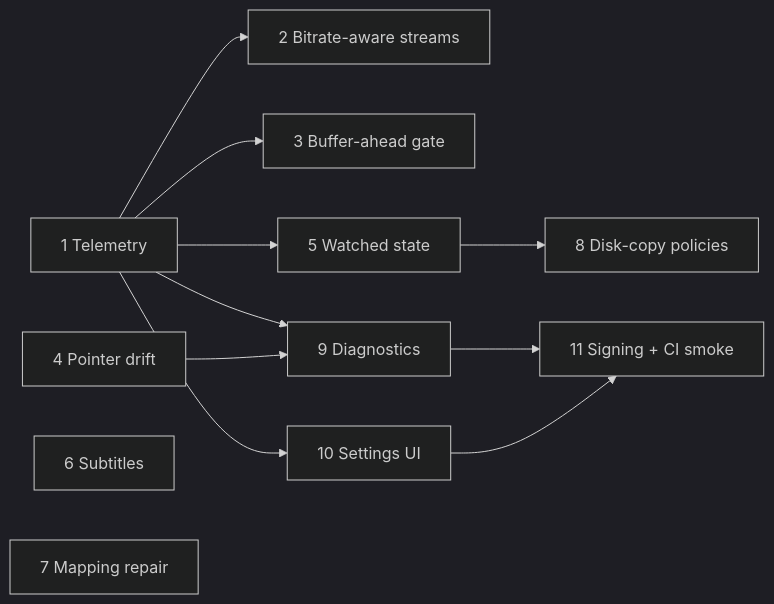
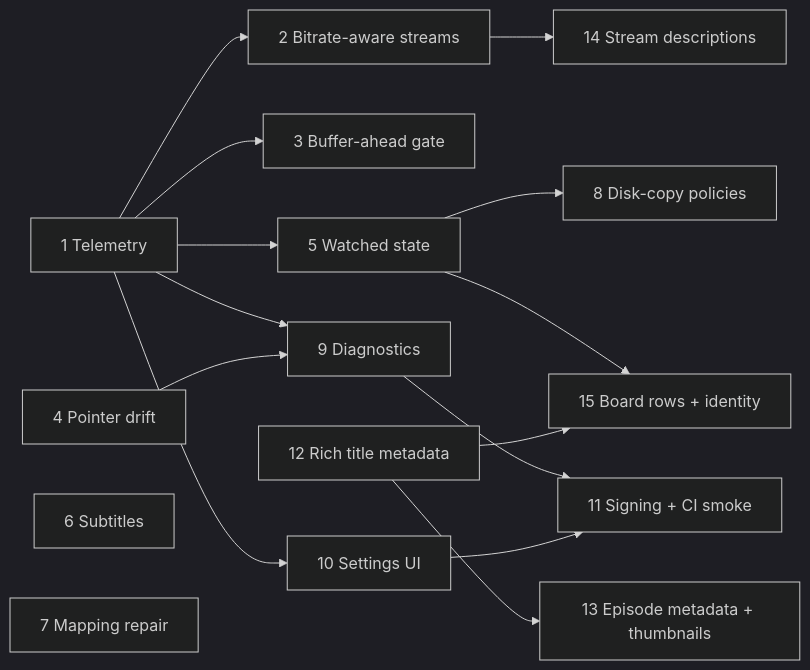
The diagram in hoshistream_docs/plans/2026-09-12-playback-pointer-library-expansion-plan.md (MajorJohn98/HoshiStream), drawn with Mermaid (dark theme) before and after one commit. The commit also changed other lines of this file and 38 other files, not shown here.

First line of the commit message:
Add pointer drift detection, episode mapping repair, rich metadata, and stream descriptions

````diff
--- a/hoshistream_docs/plans/2026-09-12-playback-pointer-library-expansion-plan.md
+++ b/hoshistream_docs/plans/2026-09-12-playback-pointer-library-expansion-plan.md
@@ -320,14 +448,19 @@
 ```mermaid
 flowchart LR
   P1[1 Telemetry] --> P2[2 Bitrate-aware streams]
   P1 --> P3[3 Buffer-ahead gate]
   P1 --> P5[5 Watched state]
   P1 --> P9[9 Diagnostics]
   P1 --> P10[10 Settings UI]
   P4[4 Pointer drift] --> P9
   P5 --> P8[8 Disk-copy policies]
   P6[6 Subtitles]
   P7[7 Mapping repair]
   P9 --> P11[11 Signing + CI smoke]
   P10 --> P11
+  P12[12 Rich title metadata]
+  P12 --> P13[13 Episode metadata + thumbnails]
+  P2 --> P14[14 Stream descriptions]
+  P5 --> P15[15 Board rows + identity]
+  P12 --> P15
 ```
````
